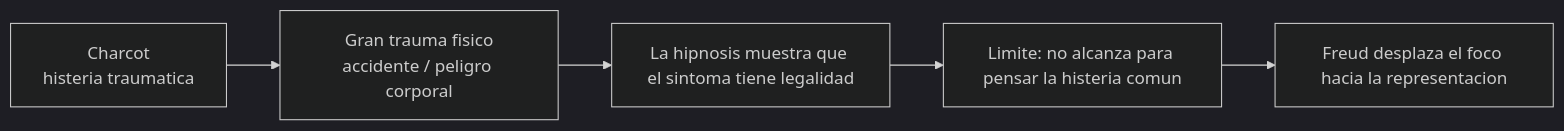
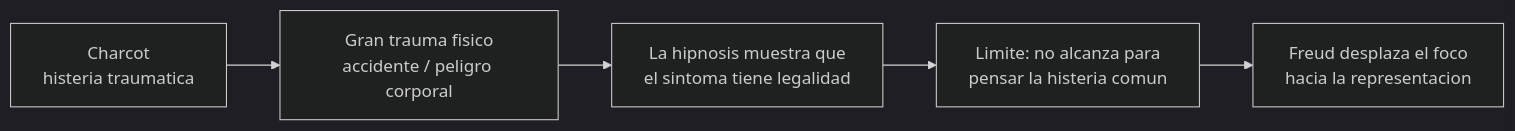
One commit to javifernandes/psicoanalisis-freud-laznik changed the first of 4 diagrams in libro/bookops/02-sintesis-integrada/01-del-trauma-al-conflicto-psiquico.md. Above: the diagram before and after it, drawn with Mermaid (dark theme). The commit also changed other lines of this file and 30 other files, not shown here.

````diff
--- a/libro/bookops/02-sintesis-integrada/01-del-trauma-al-conflicto-psiquico.md
+++ b/libro/bookops/02-sintesis-integrada/01-del-trauma-al-conflicto-psiquico.md
@@ -21,7 +21,7 @@
 ```mermaid
 flowchart LR
   A["Charcot<br/>histeria traumatica"] --> B["Gran trauma fisico<br/>accidente / peligro corporal"]
-  B --> C["La hipnosis muestra que el sintoma tiene legalidad"]
-  C --> D["Limite: no alcanza para pensar la histeria comun"]
-  D --> E["Freud desplaza el foco hacia la representacion"]
+  B --> C["La hipnosis muestra que <br/>el sintoma tiene legalidad"]
+  C --> D["Limite: no alcanza para <br/>pensar la histeria comun"]
+  D --> E["Freud desplaza el foco <br/>hacia la representacion"]
 ```
````
